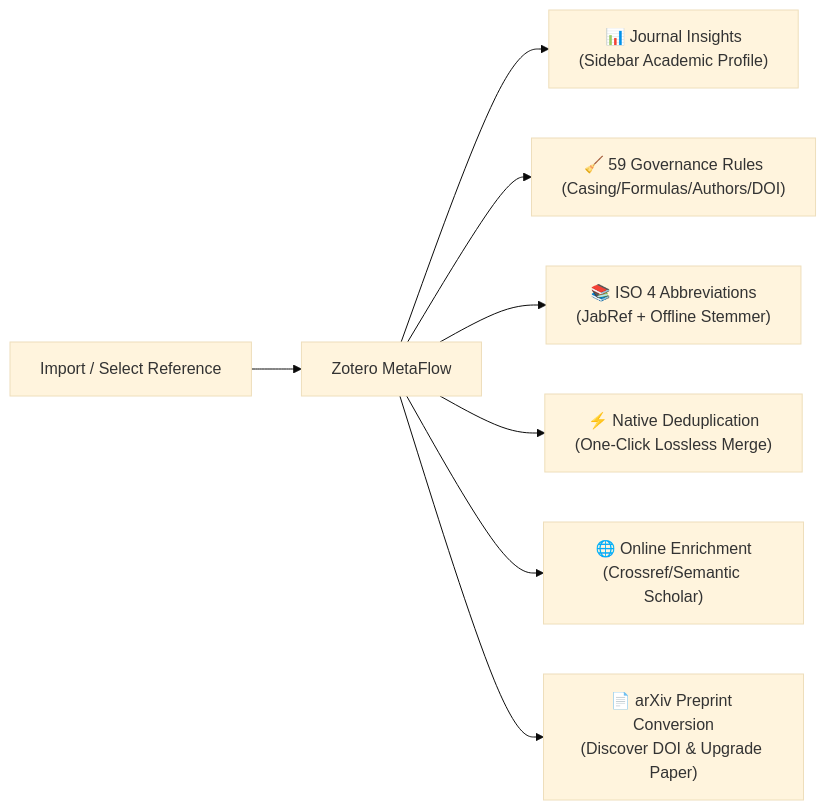
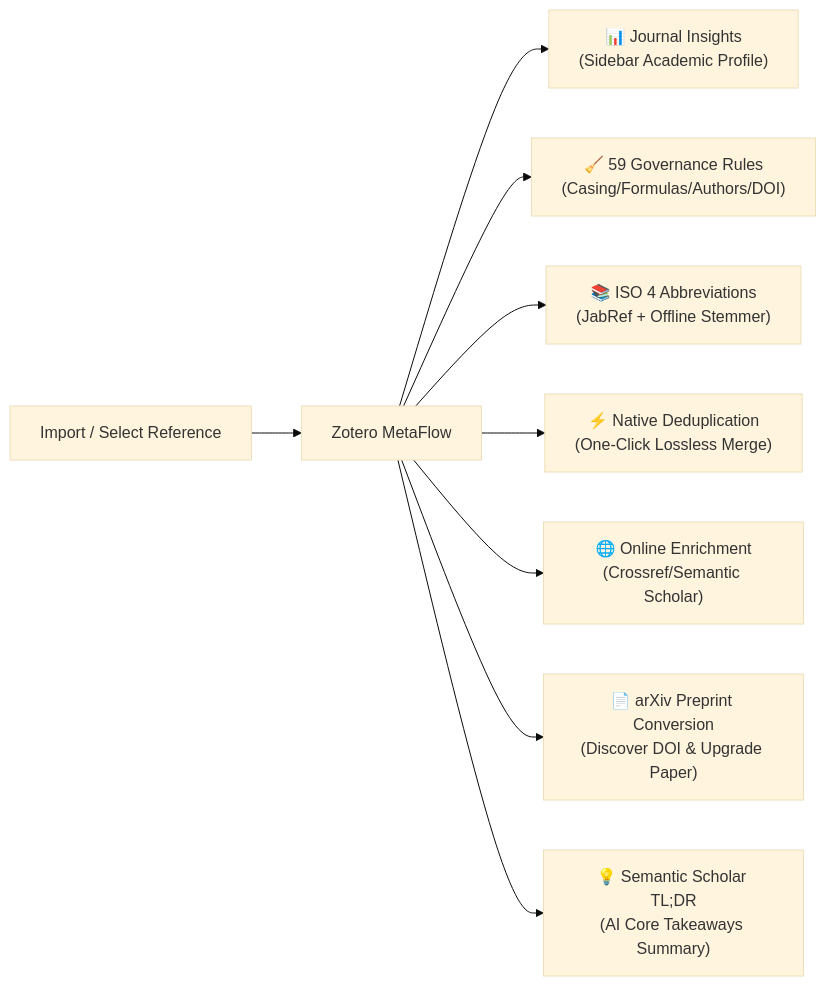
The diagram in README.en.md (groele/MetaRef-for-Zotero), drawn with Mermaid (base theme) before and after one commit. The commit also changed other lines of this file and 23 other files, not shown here.

Commit message:
feat(metadata): integrate Semantic Scholar TL;DR core argument backfill

````diff
--- a/README.en.md
+++ b/README.en.md
@@ -33,10 +33,11 @@
 ```mermaid
 graph LR
     A["Import / Select Reference"] --> B["Zotero MetaFlow"]
     B --> C["📊 Journal Insights<br/>(Sidebar Academic Profile)"]
     B --> D["🧹 59 Governance Rules<br/>(Casing/Formulas/Authors/DOI)"]
     B --> E["📚 ISO 4 Abbreviations<br/>(JabRef + Offline Stemmer)"]
     B --> F["⚡ Native Deduplication<br/>(One-Click Lossless Merge)"]
     B --> G["🌐 Online Enrichment<br/>(Crossref/Semantic Scholar)"]
     B --> H["📄 arXiv Preprint Conversion<br/>(Discover DOI & Upgrade Paper)"]
+    B --> I["💡 Semantic Scholar TL;DR<br/>(AI Core Takeaways Summary)"]
 ```
````
